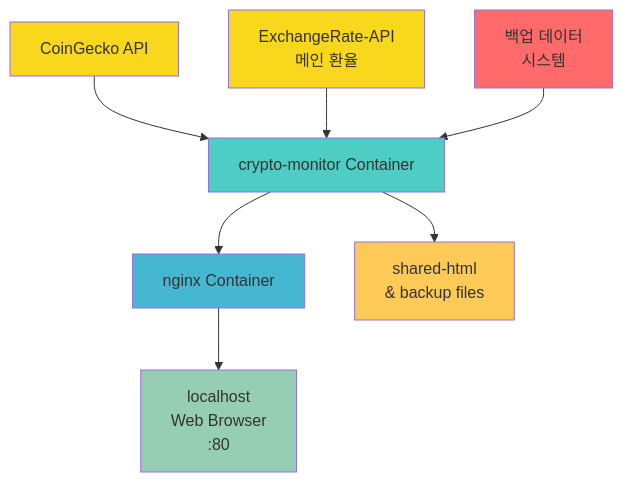
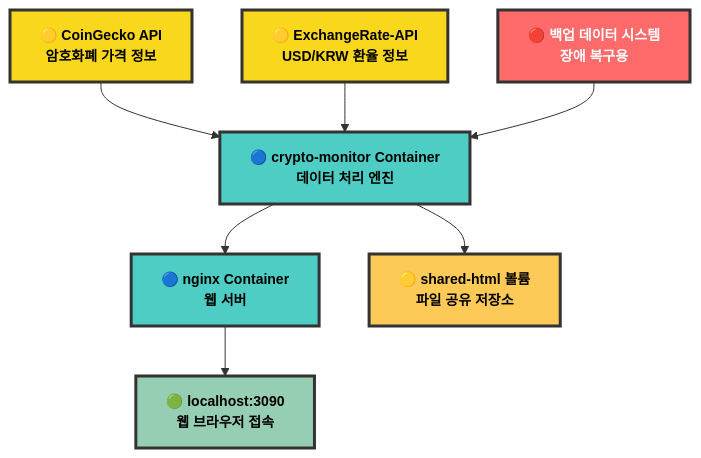
Before and after one commit to DongjuLee0528/realtime-crypto-dashboard: the first of 3 diagrams in README.md, drawn with Mermaid. The commit also changed other lines of this file, not shown here.

````diff
--- a/README.md
+++ b/README.md
@@ -26,17 +26,23 @@
 ```mermaid
 graph TD
-    A[CoinGecko API] --> D[crypto-monitor Container]
-    B[ExchangeRate-API<br/>메인 환율] --> D
-    C[백업 데이터<br/>시스템] --> D
-    D --> E[nginx Container]
-    E --> F[localhost<br/>Web Browser<br/>:80]
-    D --> G[shared-html<br/>& backup files]
+    A["🟡 CoinGecko API<br/>암호화폐 가격 정보"] --> D["🔵 crypto-monitor Container<br/>데이터 처리 엔진"]
+    B["🟡 ExchangeRate-API<br/>USD/KRW 환율 정보"] --> D
+    C["🔴 백업 데이터 시스템<br/>장애 복구용"] --> D
     
-    style A fill:#f9d71c
-    style B fill:#f9d71c  
-    style C fill:#ff6b6b
-    style D fill:#4ecdc4
-    style E fill:#45b7d1
-    style F fill:#96ceb4
-    style G fill:#feca57
+    D --> E["🔵 nginx Container<br/>웹 서버"]
+    D --> G["🟡 shared-html 볼륨<br/>파일 공유 저장소"]
+    
+    E --> F["🟢 localhost:3090<br/>웹 브라우저 접속"]
+    
+    classDef apiBox fill:#f9d71c,stroke:#333,stroke-width:3px,color:#000,font-size:14px,font-weight:bold
+    classDef backupBox fill:#ff6b6b,stroke:#333,stroke-width:3px,color:#fff,font-size:14px,font-weight:bold
+    classDef containerBox fill:#4ecdc4,stroke:#333,stroke-width:3px,color:#000,font-size:14px,font-weight:bold
+    classDef webBox fill:#96ceb4,stroke:#333,stroke-width:3px,color:#000,font-size:14px,font-weight:bold
+    classDef storageBox fill:#feca57,stroke:#333,stroke-width:3px,color:#000,font-size:14px,font-weight:bold
+    
+    class A,B apiBox
+    class C backupBox
+    class D,E containerBox
+    class F webBox
+    class G storageBox
 ```
````
